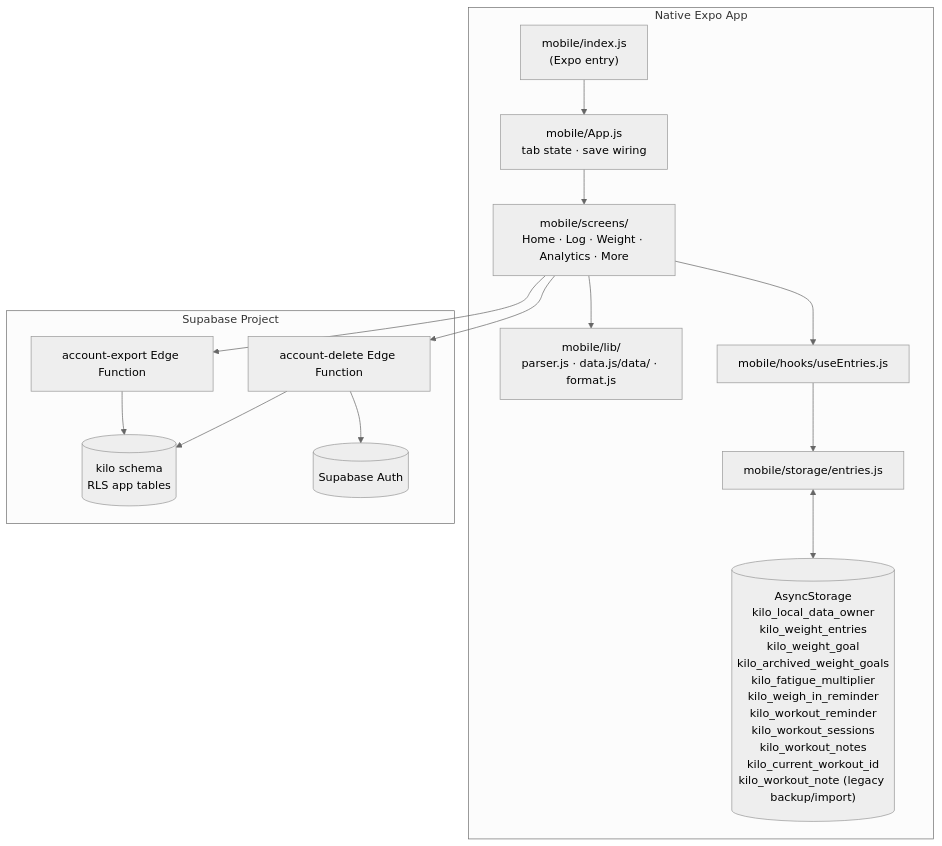
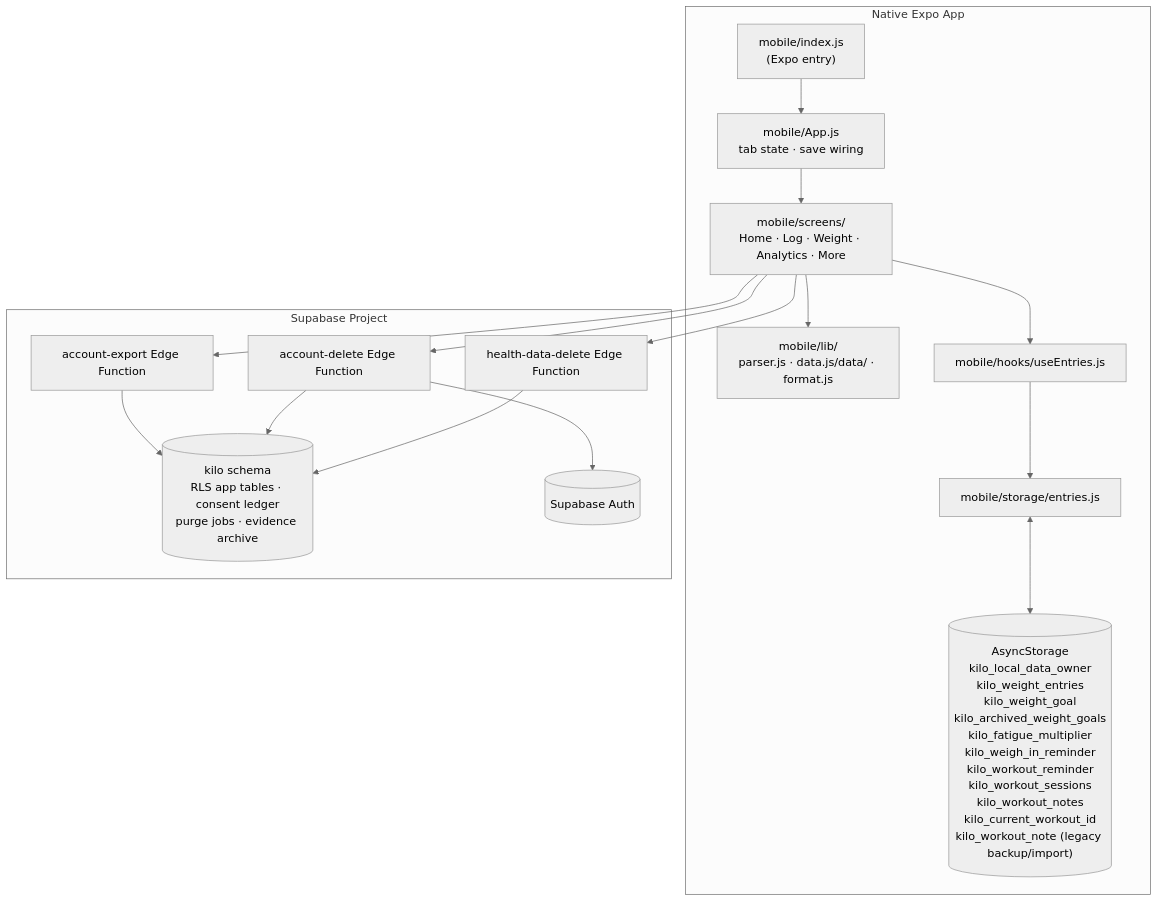
Before and after one commit to bpronin90/kilo: the diagram in docs/architecture.md, drawn with Mermaid (neutral theme). The commit also changed other lines of this file and 7 other files, not shown here.

````diff
--- a/docs/architecture.md
+++ b/docs/architecture.md
@@ -13,30 +13,33 @@
 ```mermaid
 graph TD
     subgraph expo["Native Expo App"]
         ExpoEntry["mobile/index.js\n(Expo entry)"]
         AppJs["mobile/App.js\ntab state · save wiring"]
         NativeScreens["mobile/screens/\nHome · Log · Weight · Analytics · More"]
         NativeLib["mobile/lib/\nparser.js · data.js/data/ · format.js"]
         NativeHooks["mobile/hooks/useEntries.js"]
         NativeStorage["mobile/storage/entries.js"]
         AS[("AsyncStorage\nkilo_local_data_owner\nkilo_weight_entries\nkilo_weight_goal\nkilo_archived_weight_goals\nkilo_fatigue_multiplier\nkilo_weigh_in_reminder\nkilo_workout_reminder\nkilo_workout_sessions\nkilo_workout_notes\nkilo_current_workout_id\nkilo_workout_note (legacy backup/import)")]
     end
     subgraph supabase["Supabase Project"]
         EdgeExport["account-export Edge Function"]
         EdgeDelete["account-delete Edge Function"]
-        KiloSchema[("kilo schema\nRLS app tables")]
+        EdgeHealthDelete["health-data-delete Edge Function"]
+        KiloSchema[("kilo schema\nRLS app tables · consent ledger\npurge jobs · evidence archive")]
         Auth[("Supabase Auth")]
     end
 
     ExpoEntry --> AppJs
     AppJs --> NativeScreens
     NativeScreens --> NativeLib
     NativeScreens --> NativeHooks
     NativeHooks --> NativeStorage
     NativeStorage <--> AS
     NativeScreens --> EdgeExport
     NativeScreens --> EdgeDelete
+    NativeScreens --> EdgeHealthDelete
     EdgeExport --> KiloSchema
     EdgeDelete --> KiloSchema
+    EdgeHealthDelete --> KiloSchema
     EdgeDelete --> Auth
 ```
````
